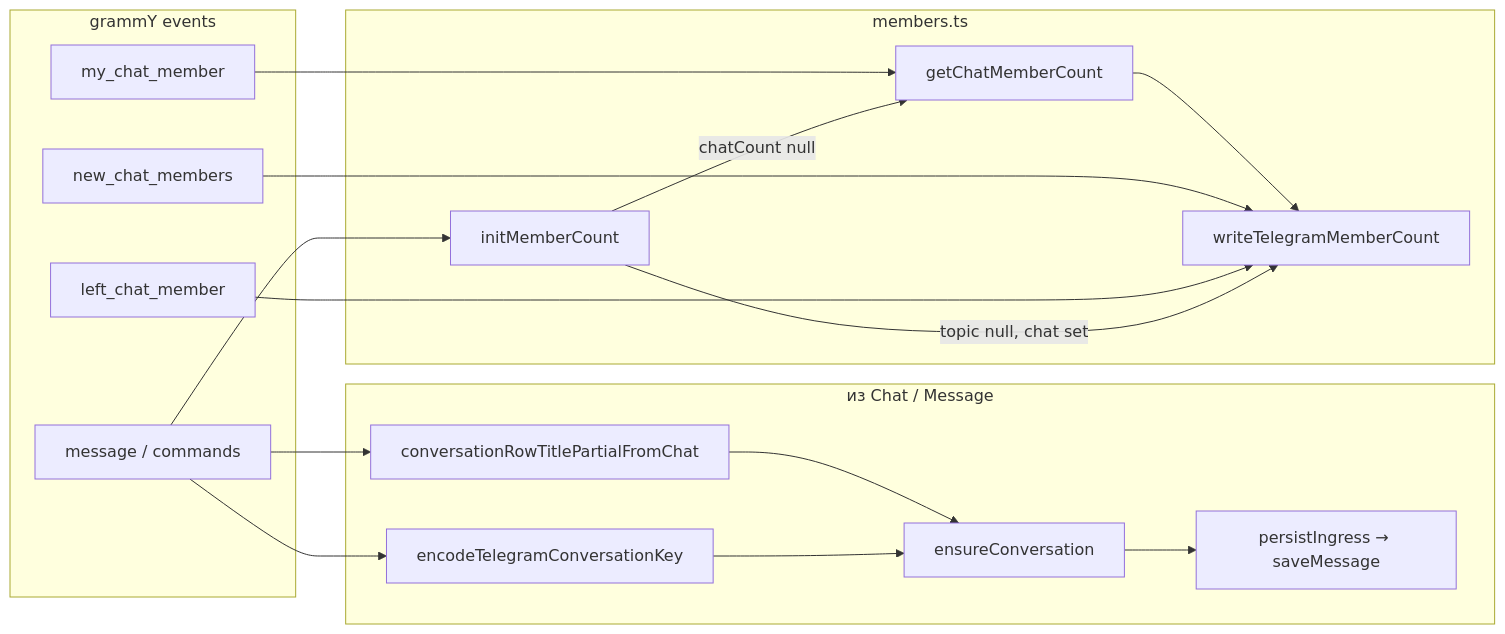
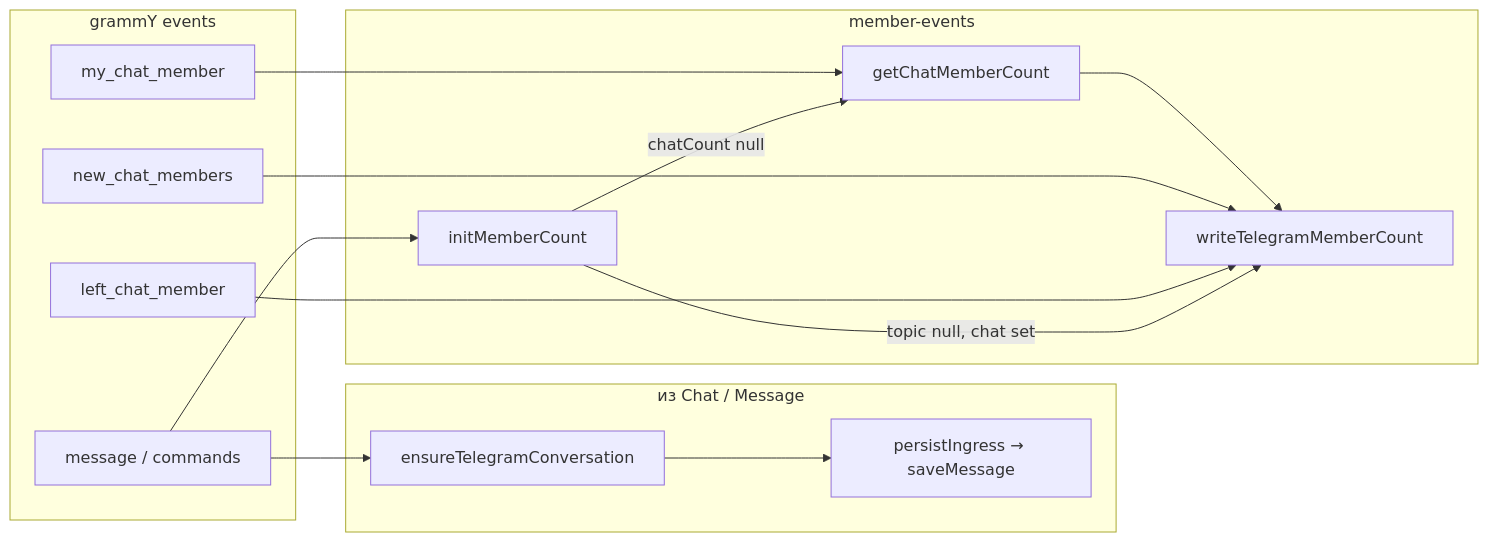
One commit to skepsik/utlas.design changed the first of 2 diagrams in content/transport.md. Above: the diagram before and after it, drawn with Mermaid. The commit also changed other lines of this file and 2 other files, not shown here.

````diff
--- a/content/transport.md
+++ b/content/transport.md
@@ -48,31 +51,28 @@
 ```mermaid
 flowchart LR
   subgraph events ["grammY events"]
     MCM["my_chat_member"]
     NCM["new_chat_members"]
     LCM["left_chat_member"]
     MSG["message / commands"]
   end
 
   subgraph chat_path ["из Chat / Message"]
-    PATCH["conversationRowTitlePartialFromChat"]
-    KEY["encodeTelegramConversationKey"]
-    ENS["ensureConversation"]
+    ENSURE["ensureTelegramConversation"]
     ING["persistIngress → saveMessage"]
   end
 
-  subgraph members ["members.ts"]
+  subgraph members ["member-events"]
     WRT["writeTelegramMemberCount"]
     INIT["initMemberCount"]
     API["getChatMemberCount"]
   end
 
   MCM --> API --> WRT
   NCM --> WRT
   LCM --> WRT
-  MSG --> PATCH --> ENS
-  MSG --> KEY --> ENS --> ING
+  MSG --> ENSURE --> ING
   MSG --> INIT
   INIT -->|"chatCount null"| API
   INIT -->|"topic null, chat set"| WRT
 ```
````
